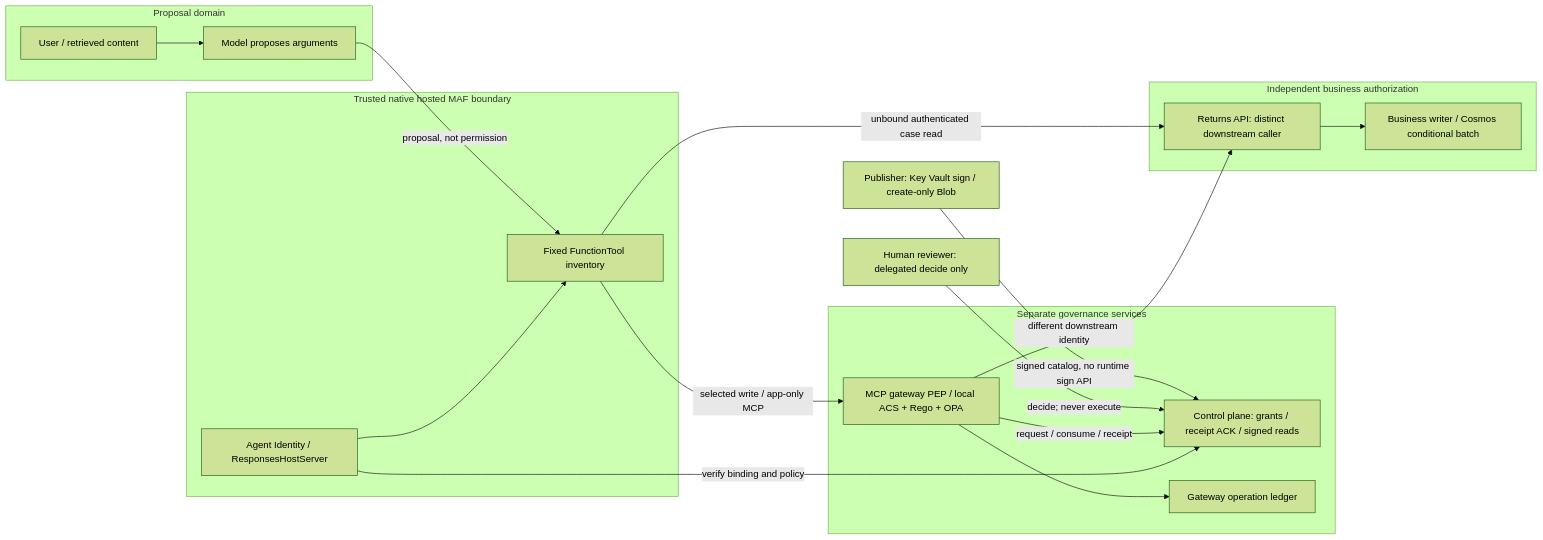
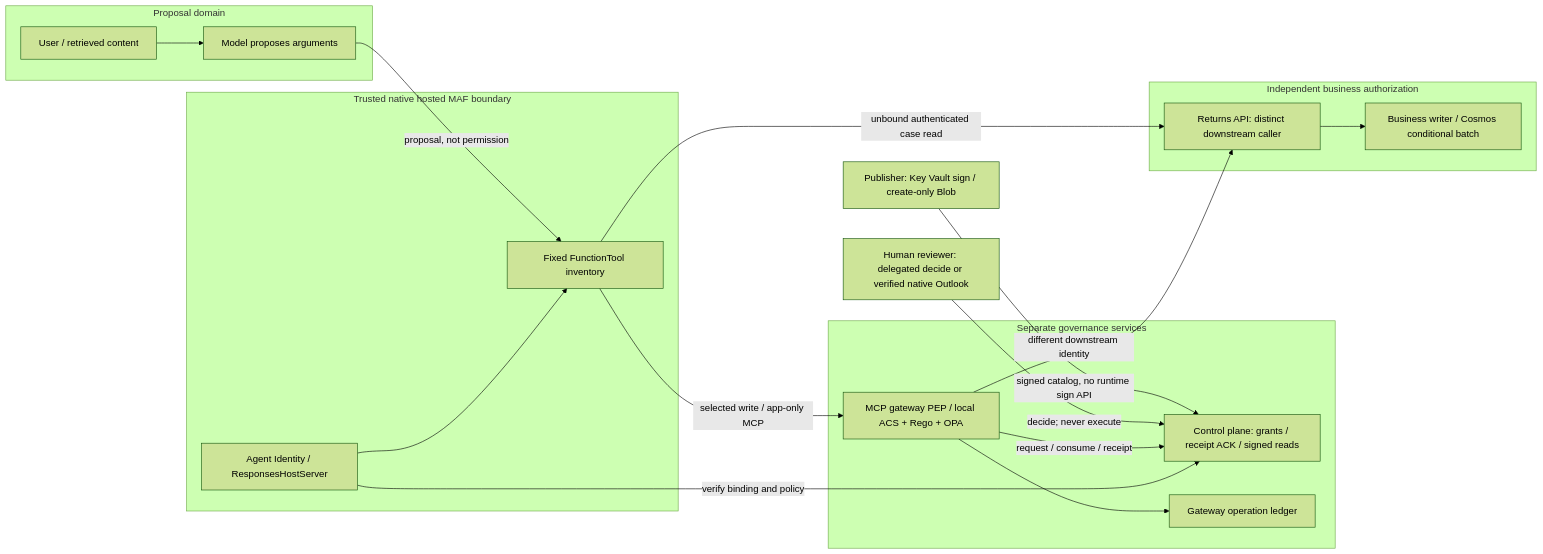
The first of 4 diagrams in docs/agent-governance-deep-dive.md (aiappsgbb/threadlight-skills), drawn with Mermaid (forest theme) before and after one commit. The commit also changed other lines of this file and 31 other files, not shown here.

First line of the commit message:
Implement native Outlook authority and record private human proof

````diff
--- a/docs/agent-governance-deep-dive.md
+++ b/docs/agent-governance-deep-dive.md
@@ -119,34 +125,34 @@
 ```mermaid
 flowchart LR
     subgraph untrusted["Proposal domain"]
         User["User / retrieved content"]
         Model["Model proposes arguments"]
         User --> Model
     end
     subgraph host["Trusted native hosted MAF boundary"]
         Agent["Agent Identity / ResponsesHostServer"]
         Tools["Fixed FunctionTool inventory"]
         Agent --> Tools
     end
     subgraph governance["Separate governance services"]
         Gateway["MCP gateway PEP / local ACS + Rego + OPA"]
         Control["Control plane: grants / receipt ACK / signed reads"]
         Ledger["Gateway operation ledger"]
     end
     subgraph business["Independent business authorization"]
         API["Returns API: distinct downstream caller"]
         Writer["Business writer / Cosmos conditional batch"]
         API --> Writer
     end
-    Human["Human reviewer: delegated decide only"]
+    Human["Human reviewer: delegated decide or verified native Outlook"]
     Publisher["Publisher: Key Vault sign / create-only Blob"]
     Model -->|"proposal, not permission"| Tools
     Tools -->|"selected write / app-only MCP"| Gateway
     Tools -->|"unbound authenticated case read"| API
     Agent -->|"verify binding and policy"| Control
     Gateway -->|"request / consume / receipt"| Control
     Gateway --> Ledger
     Gateway -->|"different downstream identity"| API
     Human -->|"decide; never execute"| Control
     Publisher -->|"signed catalog, no runtime sign API"| Control
 ```
````
